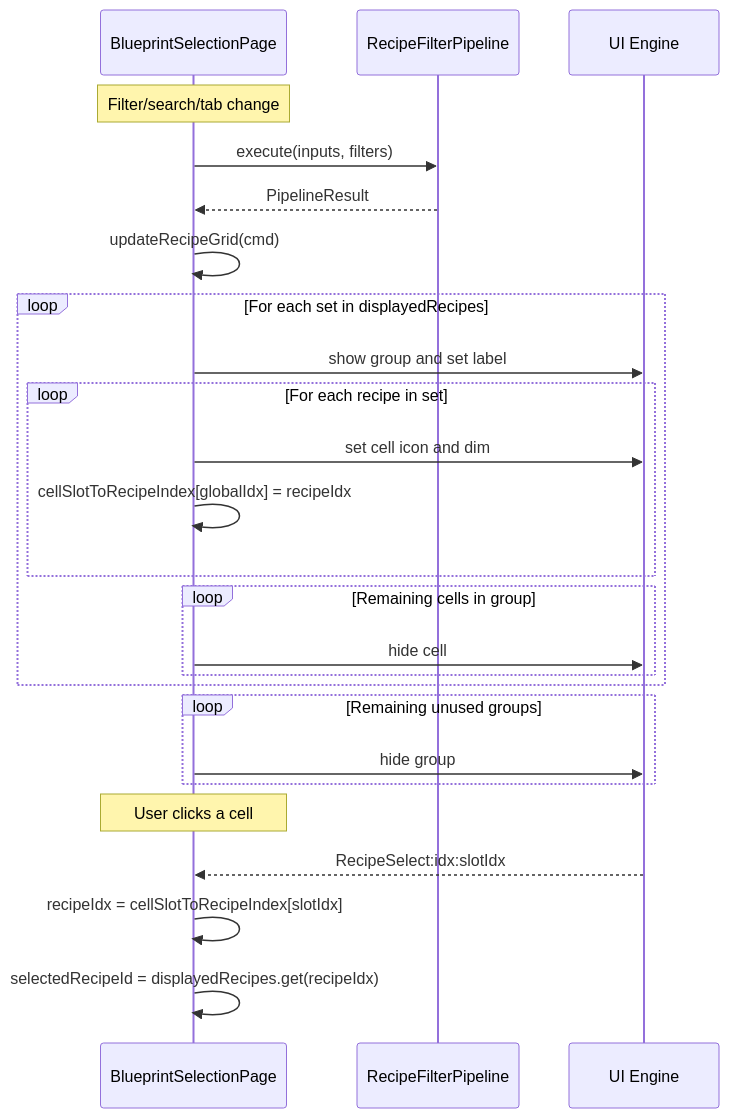
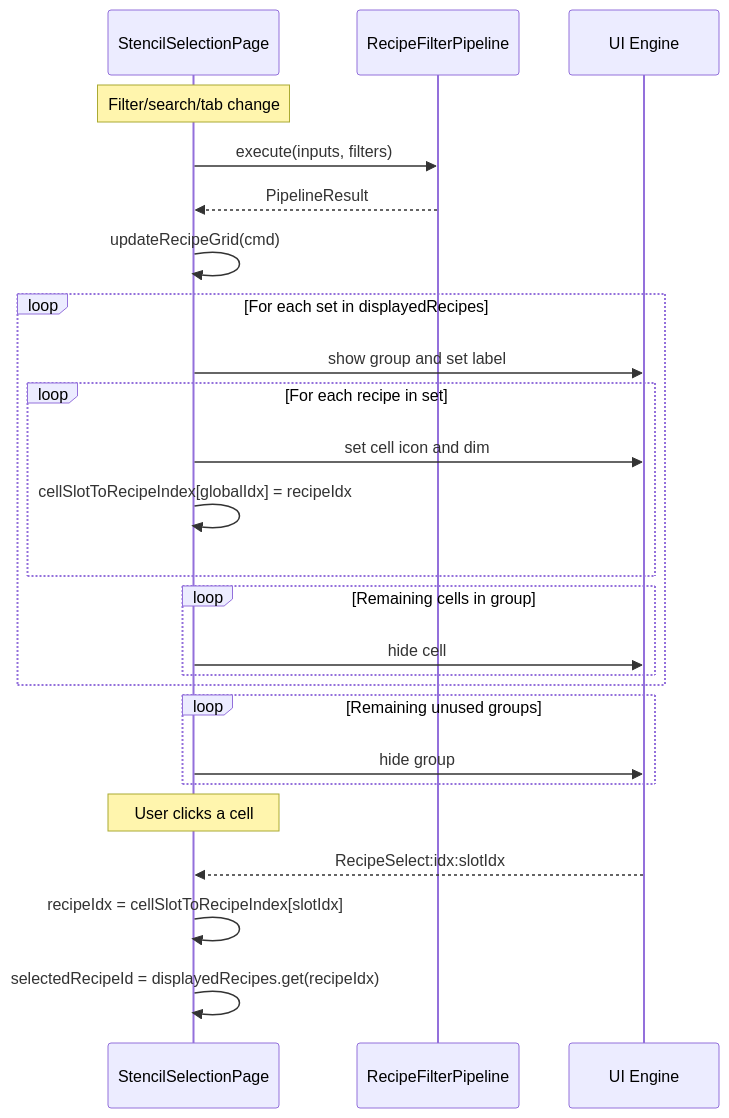
The third of 3 diagrams in docs/design-recipe-grid-set-grouping.md (TheCodeCreature/Hytale-Example-Plugin), drawn with Mermaid before and after one commit. The commit also changed other lines of this file and 289 other files, not shown here.

````diff
--- a/docs/design-recipe-grid-set-grouping.md
+++ b/docs/design-recipe-grid-set-grouping.md
@@ -82,32 +82,32 @@
 ```mermaid
 sequenceDiagram
-    participant Page as BlueprintSelectionPage
+    participant Page as StencilSelectionPage
     participant Pipeline as RecipeFilterPipeline
     participant UI as UI Engine
 
     Note over Page: Filter/search/tab change
     Page->>Pipeline: execute(inputs, filters)
     Pipeline-->>Page: PipelineResult
 
     Page->>Page: updateRecipeGrid(cmd)
 
     loop For each set in displayedRecipes
         Page->>UI: show group and set label
         loop For each recipe in set
             Page->>UI: set cell icon and dim
             Page->>Page: cellSlotToRecipeIndex[globalIdx] = recipeIdx
         end
         loop Remaining cells in group
             Page->>UI: hide cell
         end
     end
 
     loop Remaining unused groups
         Page->>UI: hide group
     end
 
     Note over Page: User clicks a cell
     UI-->>Page: RecipeSelect:idx:slotIdx
     Page->>Page: recipeIdx = cellSlotToRecipeIndex[slotIdx]
     Page->>Page: selectedRecipeId = displayedRecipes.get(recipeIdx)
 ```
````
